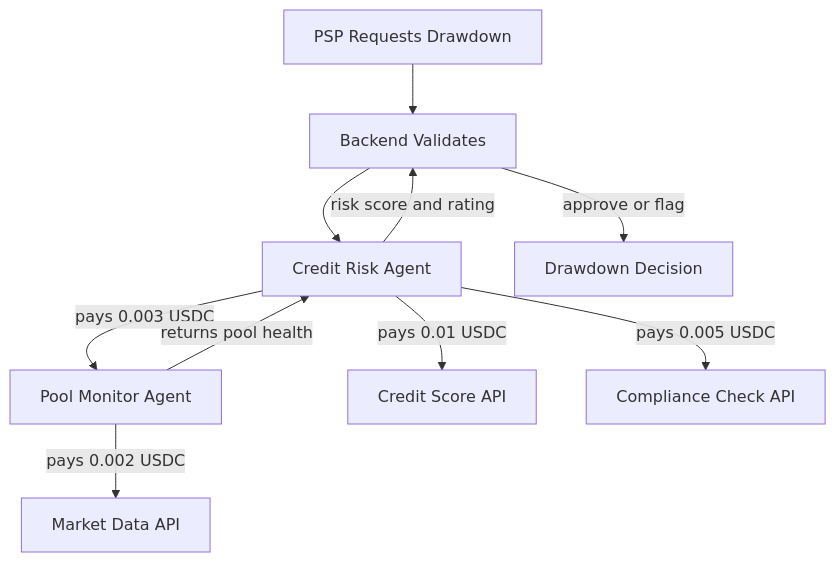
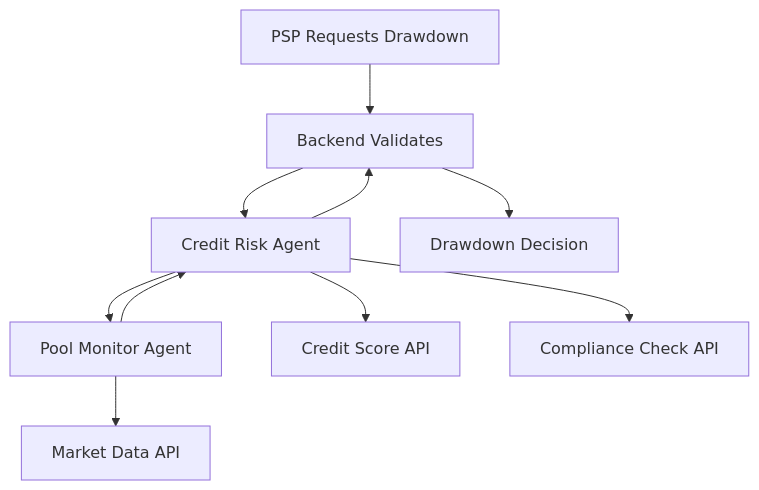
The third of 4 diagrams in docs/architecture.md (strugglingfrfr/PayMate-PSP), drawn with Mermaid before and after one commit. The commit also changed other lines of this file, not shown here.

Commit message:
fix: simplify nanopayment Mermaid diagram for GitHub

````diff
--- a/docs/architecture.md
+++ b/docs/architecture.md
@@ -67,12 +67,12 @@
 ```mermaid
-flowchart TD
-    PSP_REQ[PSP Requests Drawdown] --> BACKEND[Backend Validates]
-    BACKEND --> CRA[Credit Risk Agent]
-    CRA -->|pays 0.003 USDC| PMA[Pool Monitor Agent]
-    CRA -->|pays 0.01 USDC| CS[Credit Score API]
-    CRA -->|pays 0.005 USDC| CC[Compliance Check API]
-    PMA -->|pays 0.002 USDC| MD[Market Data API]
-    PMA -->|returns pool health| CRA
-    CRA -->|risk score and rating| BACKEND
-    BACKEND -->|approve or flag| RESULT[Drawdown Decision]
+graph TD
+    A[PSP Requests Drawdown] --> B[Backend Validates]
+    B --> C[Credit Risk Agent]
+    C --> D[Pool Monitor Agent]
+    C --> E[Credit Score API]
+    C --> F[Compliance Check API]
+    D --> G[Market Data API]
+    D --> C
+    C --> B
+    B --> H[Drawdown Decision]
 ```
````
